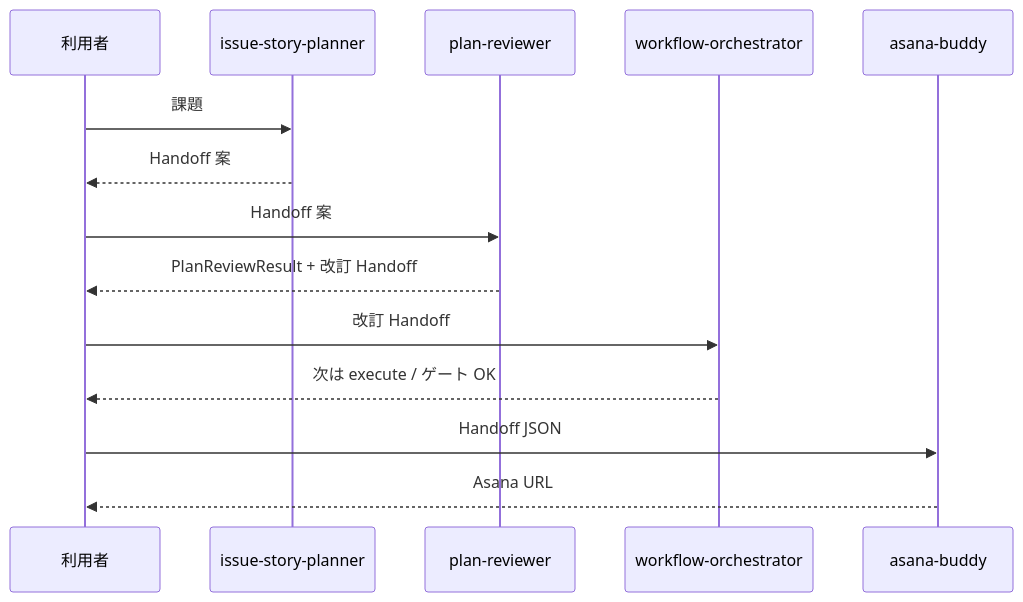
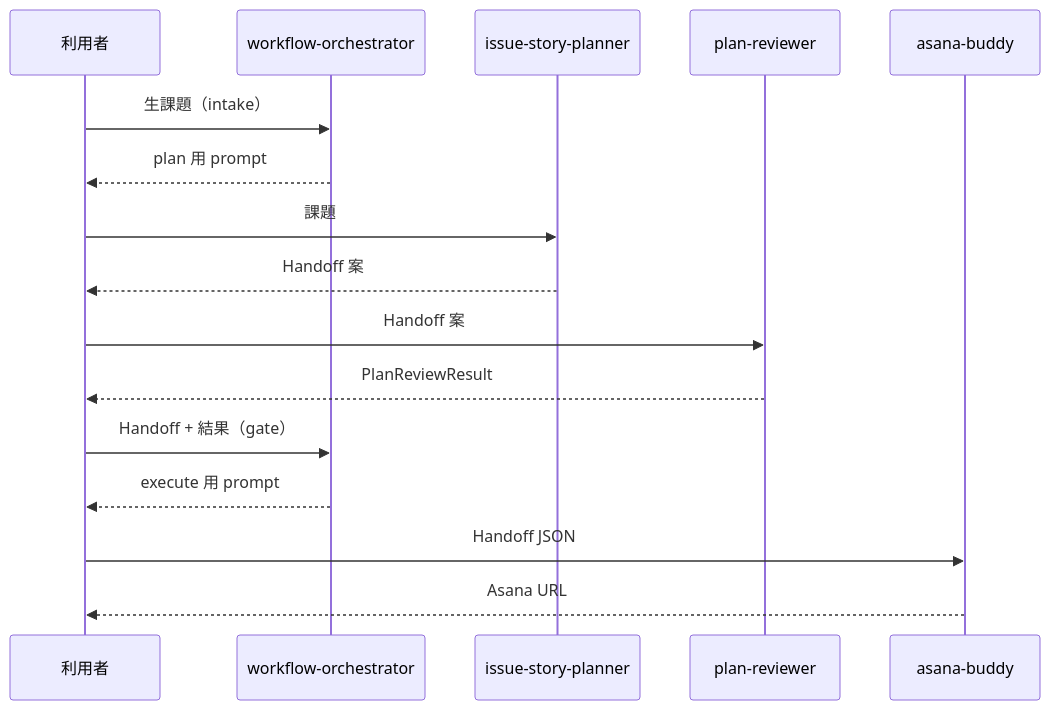
Before and after one commit to shin16m/org-operations-agents: the diagram in docs/design/workflow-io-contract.md, drawn with Mermaid. The commit also changed other lines of this file and 15 other files, not shown here.

First line of the commit message:
Make workflow-orchestrator the intake entry point (workflow v2).

````diff
--- a/docs/design/workflow-io-contract.md
+++ b/docs/design/workflow-io-contract.md
@@ -34,17 +42,19 @@
 ```mermaid
 sequenceDiagram
   participant U as 利用者
+  participant O as workflow-orchestrator
   participant P as issue-story-planner
   participant R as plan-reviewer
-  participant O as workflow-orchestrator
   participant A as asana-buddy
 
+  U->>O: 生課題（intake）
+  O-->>U: plan 用 prompt
   U->>P: 課題
   P-->>U: Handoff 案
   U->>R: Handoff 案
-  R-->>U: PlanReviewResult + 改訂 Handoff
-  U->>O: 改訂 Handoff
-  O-->>U: 次は execute / ゲート OK
+  R-->>U: PlanReviewResult
+  U->>O: Handoff + 結果（gate）
+  O-->>U: execute 用 prompt
   U->>A: Handoff JSON
   A-->>U: Asana URL
 ```
````
